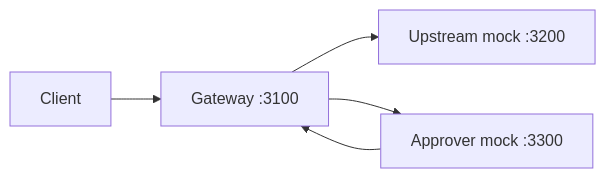
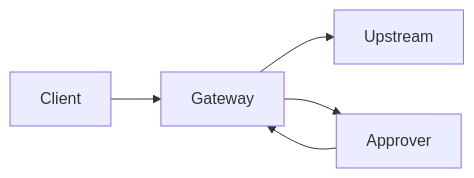
The diagram in docs/quickstart.md (agent-governance-gateway/monorepo), drawn with Mermaid before and after one commit. The commit also changed other lines of this file and 25 other files, not shown here.

````diff
--- a/docs/quickstart.md
+++ b/docs/quickstart.md
@@ -12,7 +11,7 @@
 ```mermaid
 flowchart LR
-  Client --> Gateway[Gateway :3100]
-  Gateway --> Upstream[Upstream mock :3200]
-  Gateway --> Approver[Approver mock :3300]
+  Client --> Gateway
+  Gateway --> Upstream
+  Gateway --> Approver
   Approver --> Gateway
 ```
````
